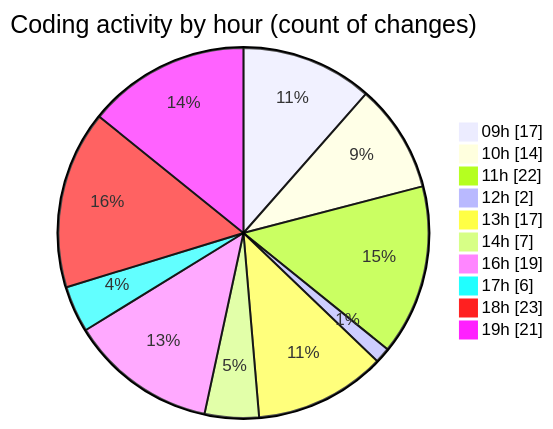
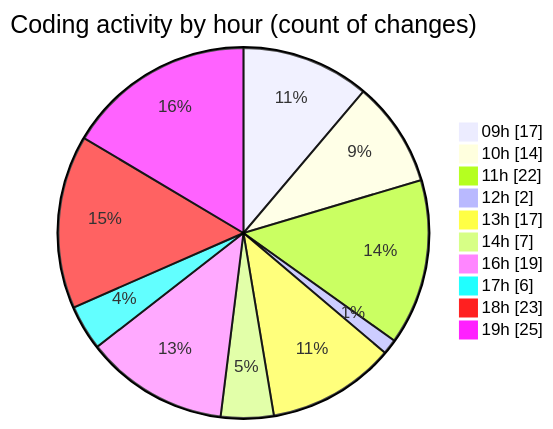
One commit to momahboobian/code-tracking changed the second of 2 diagrams in 2026-04-28/cda/README.md. Above: the diagram before and after it, drawn with Mermaid. The commit also changed other lines of this file and 1 other file, not shown here.

````diff
--- a/2026-04-28/cda/README.md
+++ b/2026-04-28/cda/README.md
@@ -76,14 +76,14 @@
 ```mermaid
 pie showData
 title Coding activity by hour (count of changes)
 "09h" : 17
 "10h" : 14
 "11h" : 22
 "12h" : 2
 "13h" : 17
 "14h" : 7
 "16h" : 19
 "17h" : 6
 "18h" : 23
-"19h" : 21
+"19h" : 25
 ```
````
